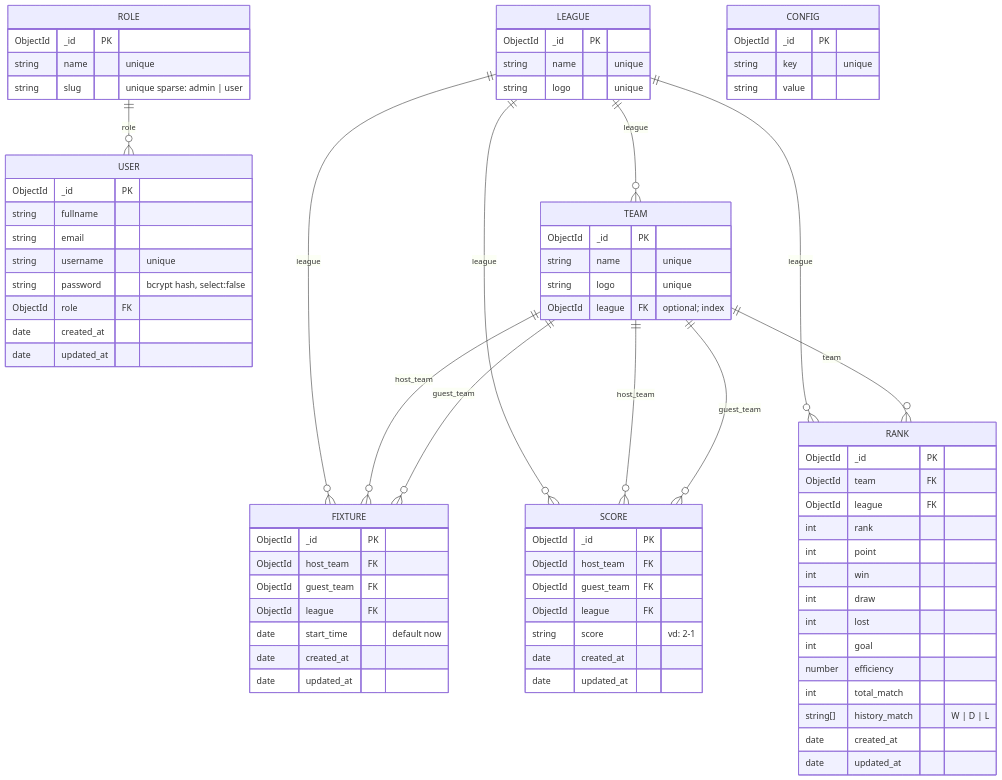
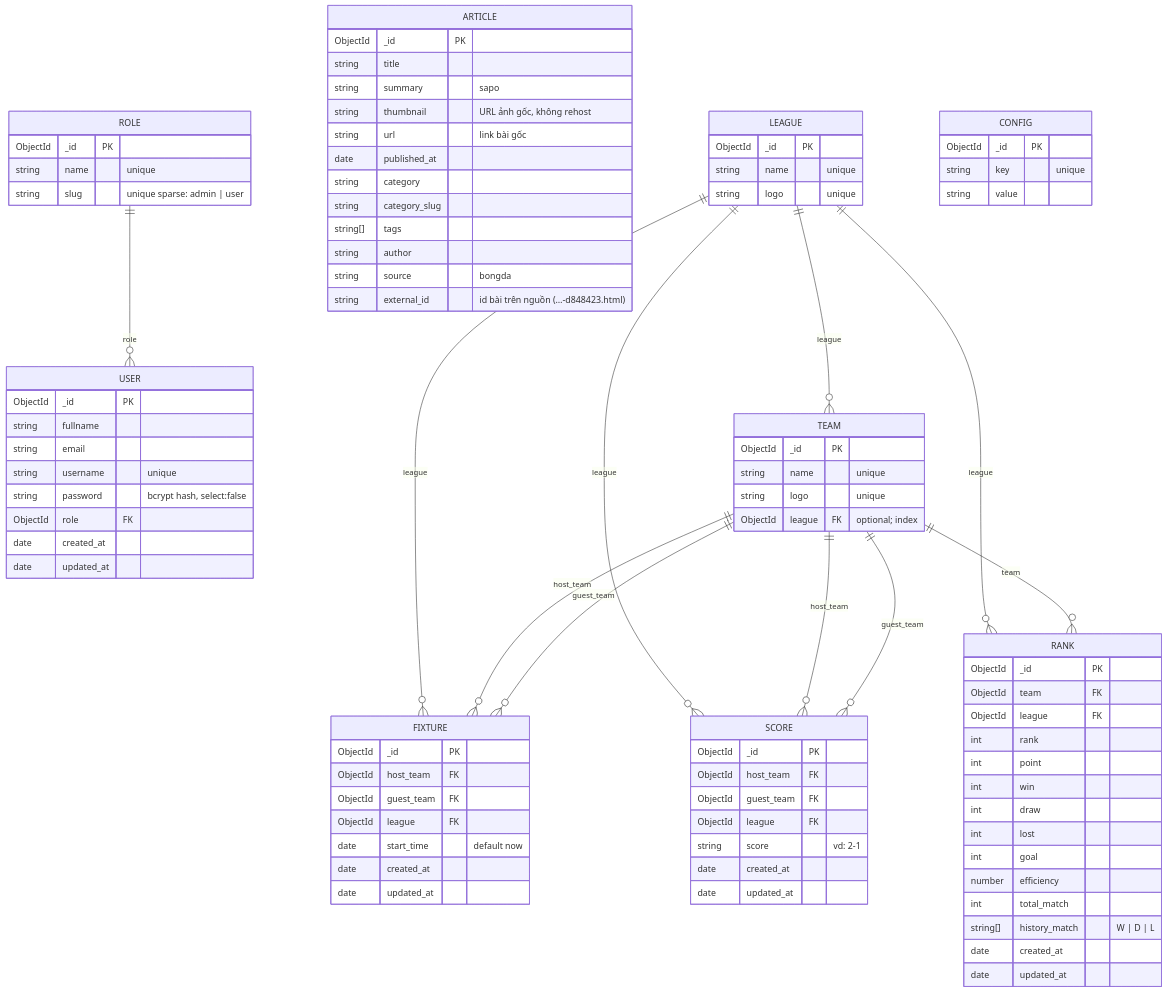
Before and after one commit to khoidev311/nodejs-be-sport1: the diagram in docs/DATA_MODEL.md, drawn with Mermaid. The commit also changed other lines of this file and 17 other files, not shown here.

```diff
--- a/docs/DATA_MODEL.md
+++ b/docs/DATA_MODEL.md
@@ -20,6 +20,21 @@
         ObjectId role FK
         date     created_at
         date     updated_at
+    }
+
+    ARTICLE {
+        ObjectId _id PK
+        string   title
+        string   summary       "sapo"
+        string   thumbnail     "URL ảnh gốc, không rehost"
+        string   url           "link bài gốc"
+        date     published_at
+        string   category
+        string   category_slug
+        string[] tags
+        string   author
+        string   source        "bongda"
+        string   external_id   "id bài trên nguồn (…-d848423.html)"
     }
 
     LEAGUE {
```
